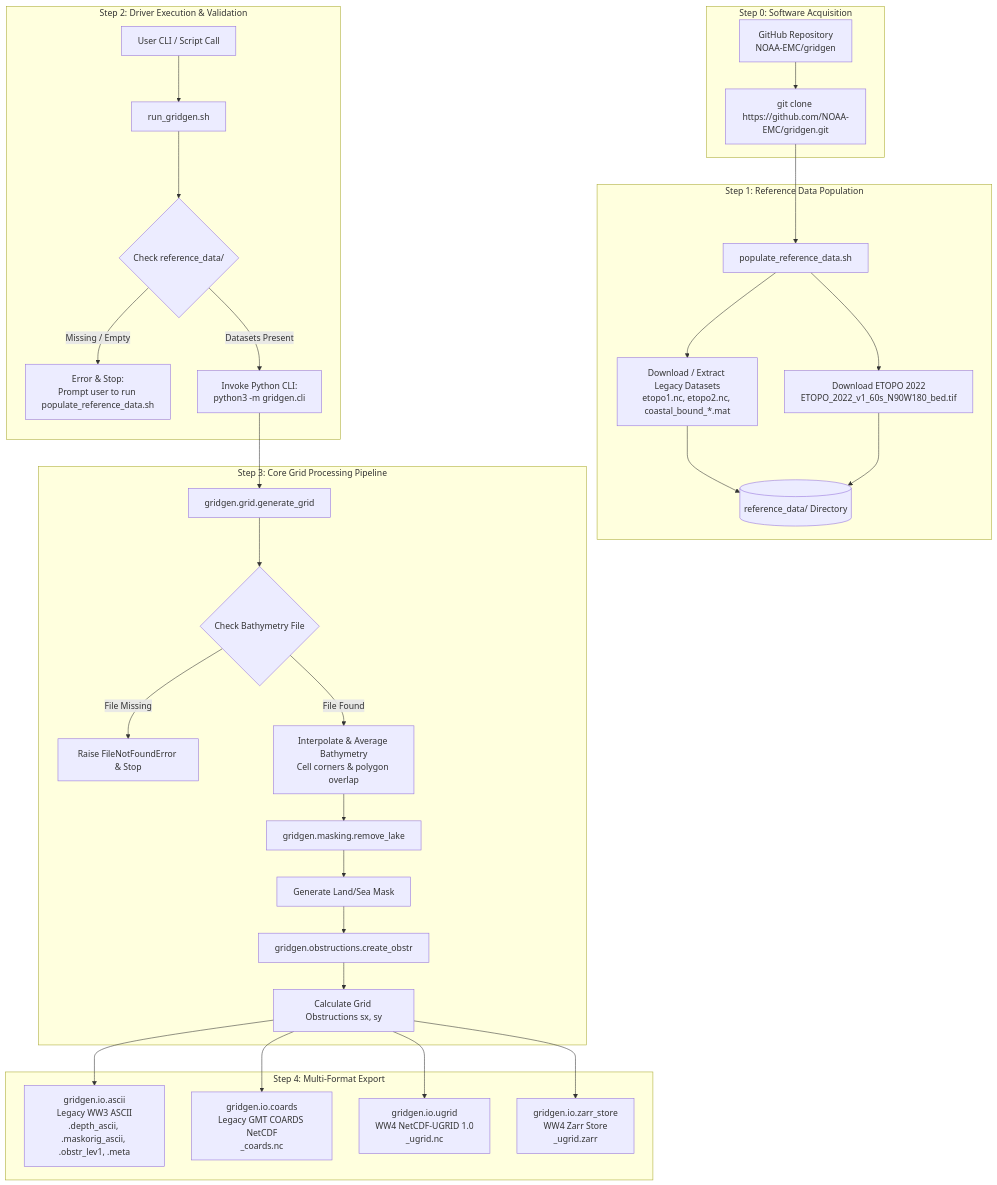
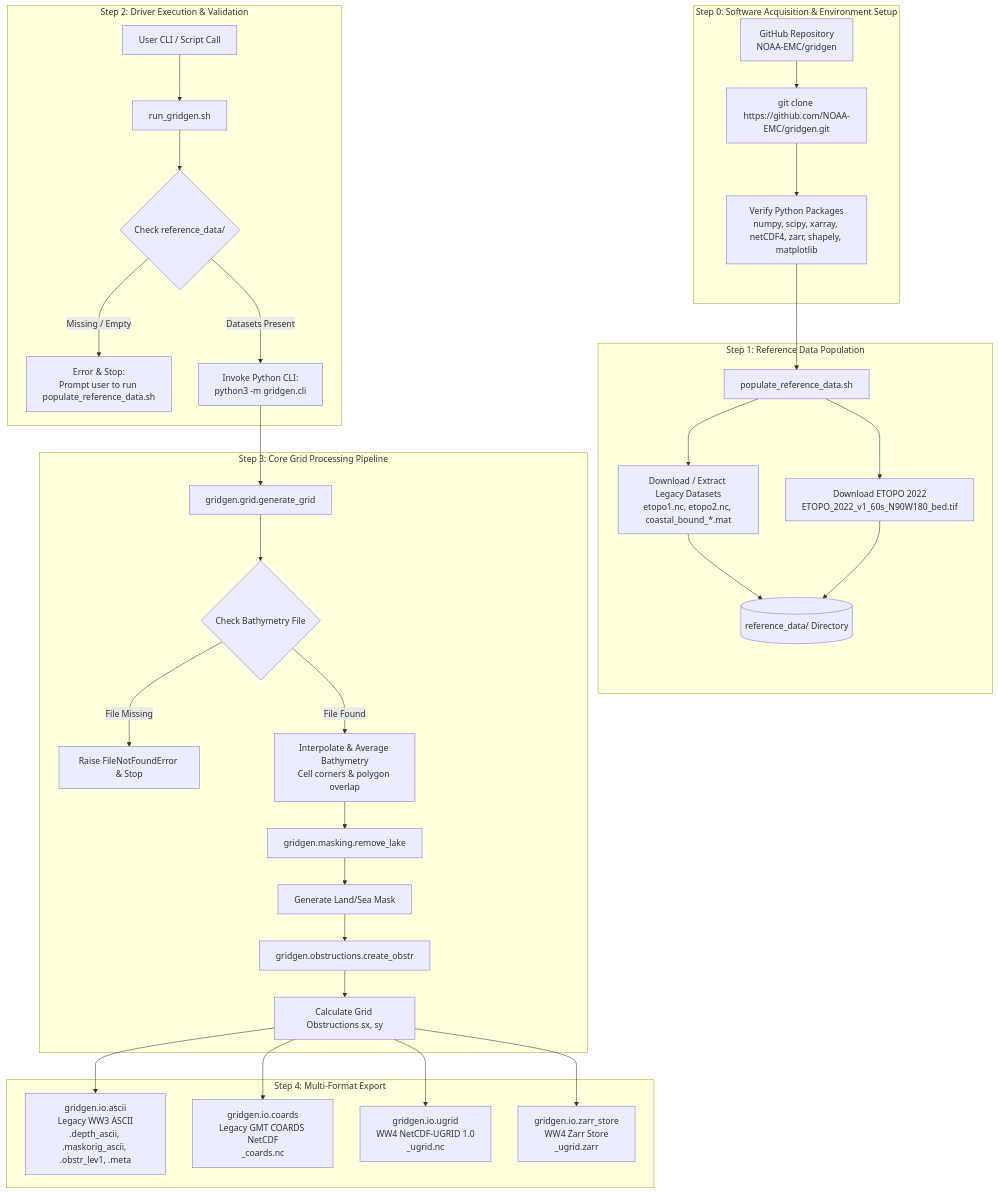
Before and after one commit to HendrikTolman-NOAA/gridgen: the diagram in ARCHITECTURE.md, drawn with Mermaid. The commit also changed other lines of this file and 4 other files, not shown here.

````diff
--- a/ARCHITECTURE.md
+++ b/ARCHITECTURE.md
@@ -9,43 +9,44 @@
 ```mermaid
 flowchart TD
-    subgraph Step 0: Software Acquisition
+    subgraph Step 0: Software Acquisition & Environment Setup
         A0[GitHub Repository<br/>NOAA-EMC/gridgen] --> A1[git clone https://github.com/NOAA-EMC/gridgen.git]
+        A1 --> A2[Verify Python Packages<br/>numpy, scipy, xarray, netCDF4, zarr, shapely, matplotlib]
     end
 
     subgraph Step 1: Reference Data Population
         B[populate_reference_data.sh]
         B --> C1[Download / Extract Legacy Datasets<br/>etopo1.nc, etopo2.nc, coastal_bound_*.mat]
         B --> C2[Download ETOPO 2022<br/>ETOPO_2022_v1_60s_N90W180_bed.tif]
         C1 --> D[(reference_data/ Directory)]
         C2 --> D
     end
 
-    A1 --> B
+    A2 --> B
 
     subgraph Step 2: Driver Execution & Validation
         E[User CLI / Script Call] --> F[run_gridgen.sh]
         F --> G{Check reference_data/}
         G -- Missing / Empty --> H[Error & Stop:<br/>Prompt user to run populate_reference_data.sh]
         G -- Datasets Present --> I[Invoke Python CLI:<br/>python3 -m gridgen.cli]
     end
 
     subgraph Step 3: Core Grid Processing Pipeline
         I --> J[gridgen.grid.generate_grid]
         J --> K{Check Bathymetry File}
         K -- File Missing --> L[Raise FileNotFoundError & Stop]
         K -- File Found --> M[Interpolate & Average Bathymetry<br/>Cell corners & polygon overlap]
 
         M --> N[gridgen.masking.remove_lake]
         N --> O[Generate Land/Sea Mask]
 
         O --> P[gridgen.obstructions.create_obstr]
         P --> Q[Calculate Grid Obstructions sx, sy]
     end
 
     subgraph Step 4: Multi-Format Export
         Q --> R1[gridgen.io.ascii<br/>Legacy WW3 ASCII<br/>.depth_ascii, .maskorig_ascii, .obstr_lev1, .meta]
         Q --> R2[gridgen.io.coards<br/>Legacy GMT COARDS NetCDF<br/>_coards.nc]
         Q --> R3[gridgen.io.ugrid<br/>WW4 NetCDF-UGRID 1.0<br/>_ugrid.nc]
         Q --> R4[gridgen.io.zarr_store<br/>WW4 Zarr Store<br/>_ugrid.zarr]
     end
 ```
````
